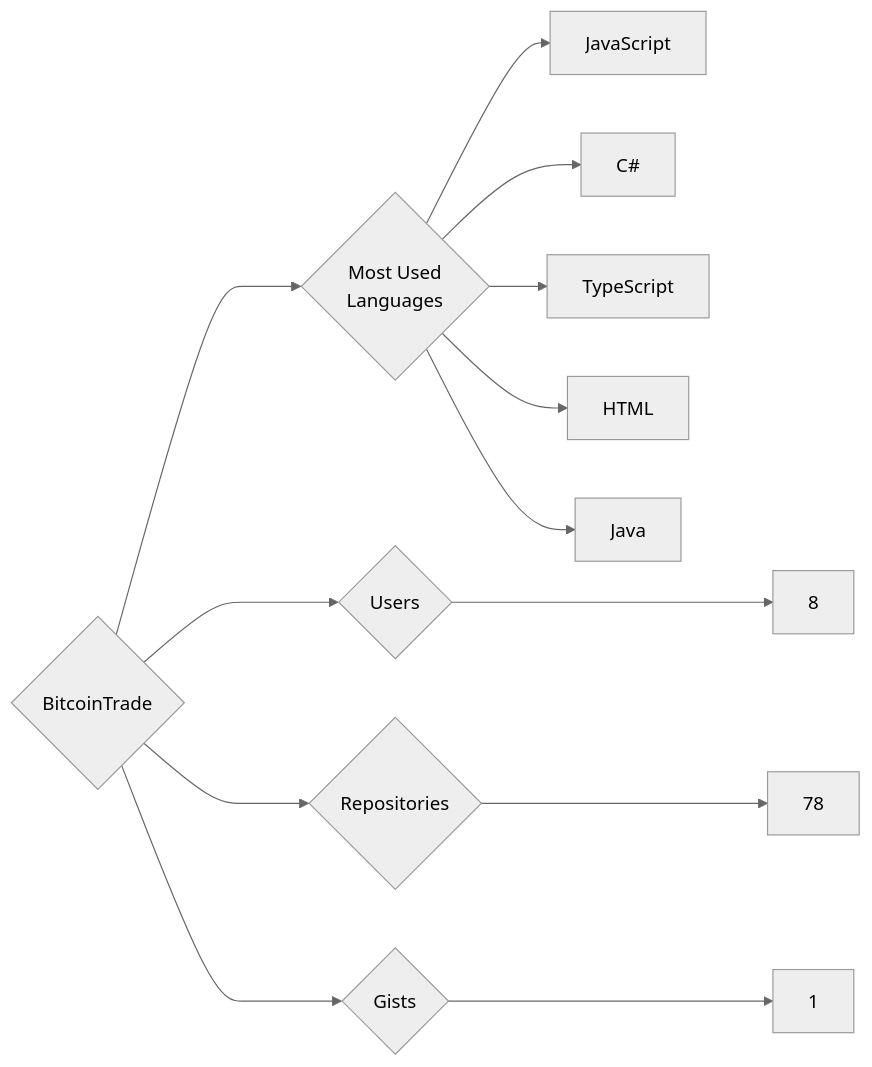
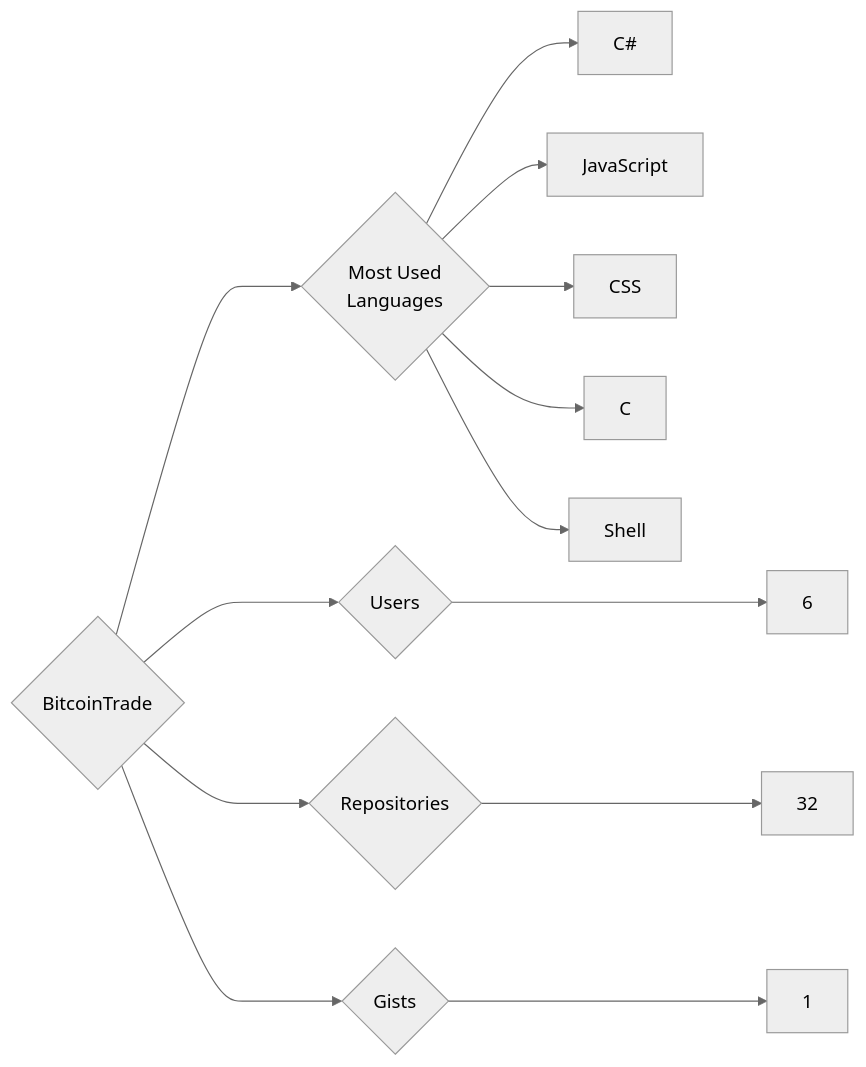
Before and after one commit to trickest/insiders: the diagram in targets/BitcoinTrade/README.md, drawn with Mermaid (neutral theme). The commit also changed 993 other files, not shown here.

````diff
--- a/targets/BitcoinTrade/README.md
+++ b/targets/BitcoinTrade/README.md
@@ -3,13 +3,13 @@
 ```mermaid
 graph LR
 COMPANY_NAME{BitcoinTrade}
-COMPANY_NAME ---> U{Users} ---> UN[8]
-COMPANY_NAME ---> R{Repositories} ---> RN[78]
+COMPANY_NAME ---> U{Users} ---> UN[6]
+COMPANY_NAME ---> R{Repositories} ---> RN[32]
 COMPANY_NAME ---> G{Gists} ---> GN[1]
 COMPANY_NAME ---> ML{Most Used<br>Languages}
+ML --> C#[C#]
 ML --> JavaScript[JavaScript]
-ML --> C#[C#]
-ML --> TypeScript[TypeScript]
-ML --> HTML[HTML]
-ML --> Java[Java]
+ML --> CSS[CSS]
+ML --> C[C]
+ML --> Shell[Shell]
 ```
````
